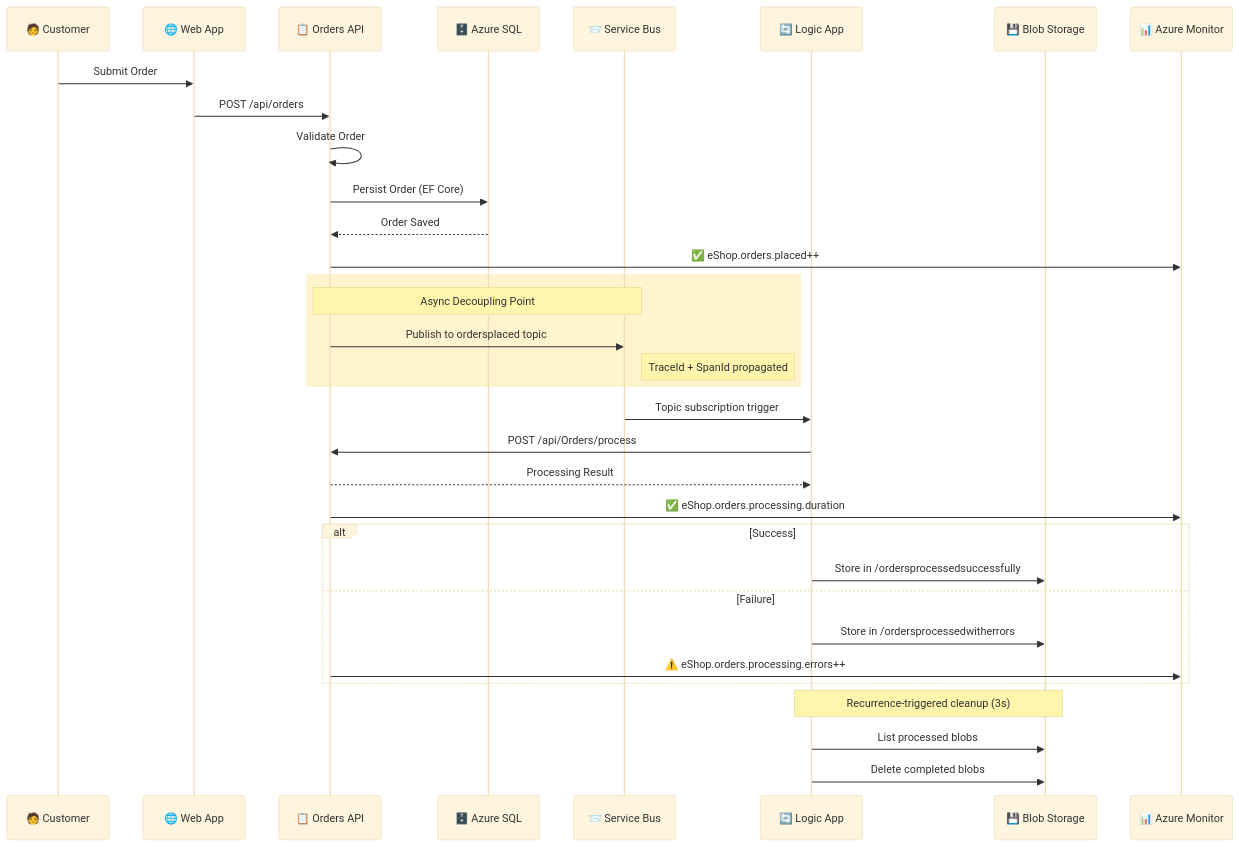
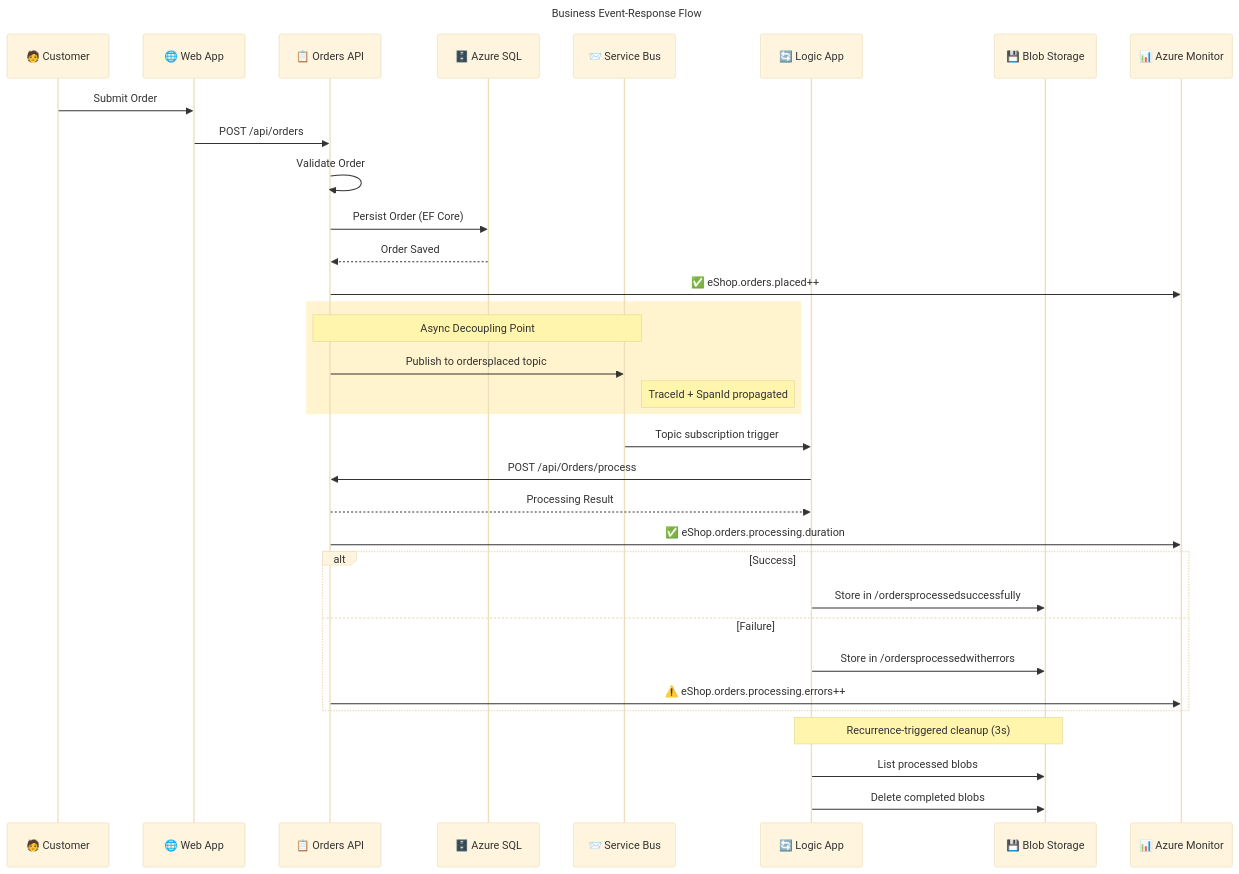
One commit to Evilazaro/Azure-LogicApps-Monitoring changed the tenth of 13 diagrams in docs/architecture/Business-Layer-Architecture.md. Above: the diagram before and after it, drawn with Mermaid. The commit also changed other lines of this file, not shown here.

Commit message:
docs: update mermaid diagrams for improved clarity and consistency in Business Architecture documentation

````diff
--- a/docs/architecture/Business-Layer-Architecture.md
+++ b/docs/architecture/Business-Layer-Architecture.md
@@ -1073,53 +1104,56 @@
 ```mermaid
 ---
+title: "Business Event-Response Flow"
 config:
   theme: base
+  themeVariables:
+    fontSize: '16px'
 ---
 sequenceDiagram
     accTitle: Business Event-Response Flow
     accDescr: Shows the chronological event flow from order placement through Service Bus messaging, Logic App processing, result storage, and cleanup with all actors and channels
 
     %% ═══════════════════════════════════════════════════════════════
     %% AZURE / FLUENT ARCHITECTURE PATTERN v1.1
     %% Generated: 2026-02-18T10:30:00Z
     %% Layer: Business
     %% ═══════════════════════════════════════════════════════════════
 
     participant Customer as 🧑 Customer
     participant WebApp as 🌐 Web App
     participant API as 📋 Orders API
     participant SQL as 🗄️ Azure SQL
     participant SB as 📨 Service Bus
     participant LA as 🔄 Logic App
     participant Blob as 💾 Blob Storage
     participant Monitor as 📊 Azure Monitor
 
     Customer->>WebApp: Submit Order
     WebApp->>API: POST /api/orders
     API->>API: Validate Order
     API->>SQL: Persist Order (EF Core)
     SQL-->>API: Order Saved
     API->>Monitor: ✅ eShop.orders.placed++
 
     rect rgb(255, 244, 206)
         Note over API,SB: Async Decoupling Point
         API->>SB: Publish to ordersplaced topic
         Note right of SB: TraceId + SpanId propagated
     end
 
     SB->>LA: Topic subscription trigger
     LA->>API: POST /api/Orders/process
     API-->>LA: Processing Result
     API->>Monitor: ✅ eShop.orders.processing.duration
 
     alt Success
         LA->>Blob: Store in /ordersprocessedsuccessfully
     else Failure
         LA->>Blob: Store in /ordersprocessedwitherrors
         API->>Monitor: ⚠️ eShop.orders.processing.errors++
     end
 
     Note over LA,Blob: Recurrence-triggered cleanup (3s)
     LA->>Blob: List processed blobs
     LA->>Blob: Delete completed blobs
 ```
````
